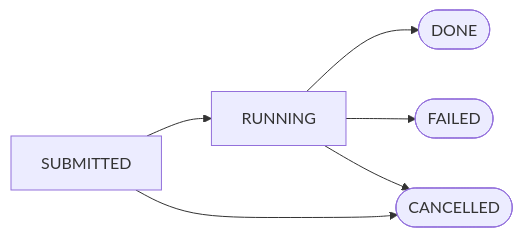
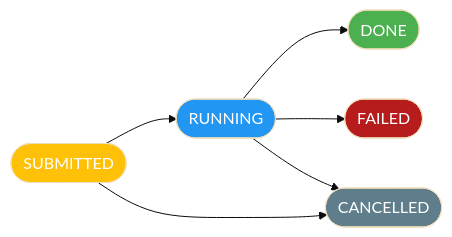
The second of 2 diagrams in experiments.md (impeccableai/axii-docs), drawn with Mermaid before and after one commit. The commit also changed other lines of this file, not shown here.

````diff
--- a/experiments.md
+++ b/experiments.md
@@ -57,7 +58,18 @@
 ```mermaid
+%%{
+  init: {
+    'theme': 'base',
+    'themeVariables': {}
+  }
+}%%
 flowchart LR
- 		SUBMITTED --> RUNNING --> DONE([DONE])
-    SUBMITTED --> CANCELLED([CANCELLED])
-    RUNNING --> FAILED([FAILED])
+ 		SUBMITTED([SUBMITTED]):::submitted --> RUNNING([RUNNING]):::running --> DONE([DONE]):::done
+    SUBMITTED --> CANCELLED([CANCELLED]):::canceled
+    RUNNING --> FAILED([FAILED]):::failed
     RUNNING --> CANCELLED
+    classDef submitted fill:#FFC107,color:#fff;
+    classDef running fill:#2196F3,color:#fff;
+    classDef done fill:#4CAF50,color:#fff;
+    classDef canceled fill:#607D8B,color:#fff;
+    classDef failed fill:#b71c1c,color:#fff;
 ```
````
